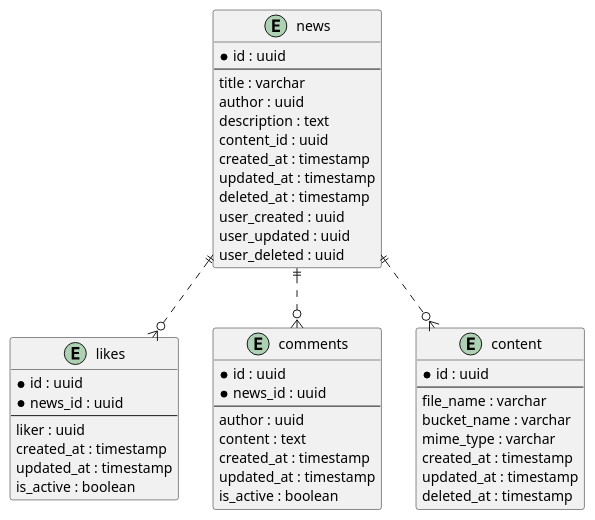
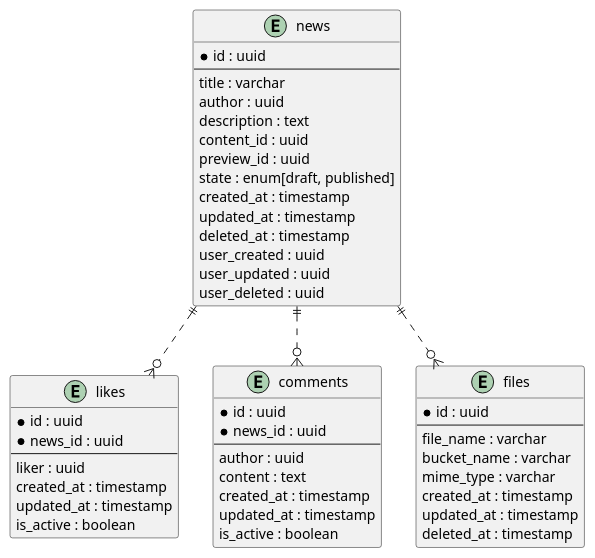
Before and after one commit to koteyye/news-portal: the diagram in docs/news-service-erd.puml, drawn with PlantUML. The commit also changed 19 other files, not shown here.

```diff
--- a/docs/news-service-erd.puml
+++ b/docs/news-service-erd.puml
@@ -1,54 +1,56 @@
 @startuml newsservice
 
 entity "news" as news {
     * id : uuid
     --
     title : varchar
     author : uuid
     description : text
     content_id : uuid
+    preview_id : uuid
+    state : enum[draft, published]
     created_at : timestamp
     updated_at : timestamp
     deleted_at : timestamp
     user_created : uuid
     user_updated : uuid
     user_deleted : uuid
 }
 
 entity "likes" as like {
     * id : uuid
     * news_id : uuid
     --
     liker : uuid
     created_at : timestamp
     updated_at : timestamp
     is_active : boolean
 }
 
 entity "comments" as com {
     * id : uuid
     * news_id : uuid
     --
     author : uuid
     content : text
     created_at : timestamp
     updated_at : timestamp
     is_active : boolean
 }
 
-entity "content" as cont {
+entity "files" as cont {
     * id : uuid
     --
     file_name : varchar
     bucket_name : varchar
     mime_type : varchar
     created_at : timestamp
     updated_at : timestamp
     deleted_at : timestamp
 }
 
 news ||..o{ like
 news ||..o{ com
 news ||..o{ cont
 
 @enduml
```
